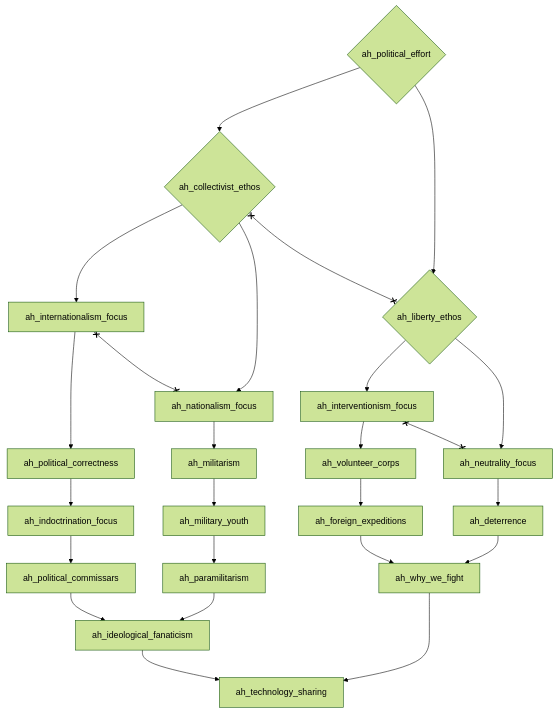
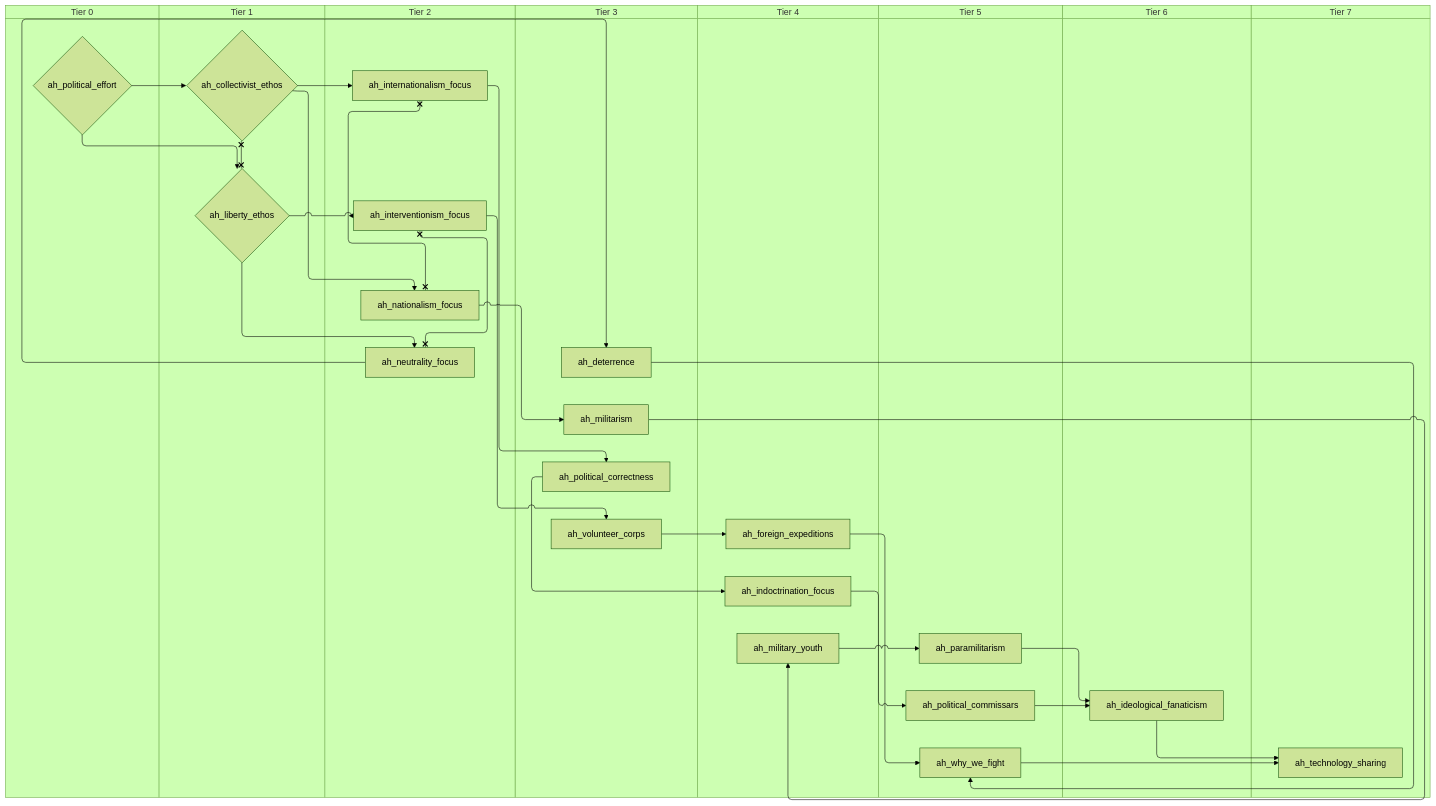
The fifth of 5 diagrams in docs/gdd/National Focuses/r56/austro_hungarian_releasable_shared.md (evgeny-sobol/hoi4-sandbox-mode-r56), drawn with Mermaid (forest theme) before and after one commit. The commit also changed other lines of this file and 423 other files, not shown here.

First line of the commit message:
Re-export Rt56 focus trees as swimlane diagrams

````diff
--- a/docs/gdd/National Focuses/r56/austro_hungarian_releasable_shared.md
+++ b/docs/gdd/National Focuses/r56/austro_hungarian_releasable_shared.md
@@ -122,46 +162,62 @@
 ```mermaid
-flowchart TD
-    n38{"ah_collectivist_ethos"}
-    n39["ah_deterrence"]
-    n40["ah_foreign_expeditions"]
-    n41["ah_ideological_fanaticism"]
-    n42["ah_indoctrination_focus"]
-    n43["ah_internationalism_focus"]
-    n44["ah_interventionism_focus"]
-    n45{"ah_liberty_ethos"}
-    n46["ah_militarism"]
-    n47["ah_military_youth"]
-    n48["ah_nationalism_focus"]
-    n49["ah_neutrality_focus"]
-    n50["ah_paramilitarism"]
-    n51["ah_political_commissars"]
-    n52["ah_political_correctness"]
-    n53{"ah_political_effort"}
-    n54["ah_technology_sharing"]
-    n55["ah_volunteer_corps"]
-    n56["ah_why_we_fight"]
-    n53 --> n38
-    n49 --> n39
-    n55 --> n40
-    n50 --> n41
-    n51 --> n41
-    n52 --> n42
-    n38 --> n43
-    n45 --> n44
-    n53 --> n45
-    n48 --> n46
-    n46 --> n47
-    n38 --> n48
-    n45 --> n49
+swimlane-beta TD
+    subgraph tier_0["Tier 0"]
+        n38{"ah_political_effort"}
+    end
+    subgraph tier_1["Tier 1"]
+        n39{"ah_collectivist_ethos"}
+        n40{"ah_liberty_ethos"}
+    end
+    subgraph tier_2["Tier 2"]
+        n41["ah_internationalism_focus"]
+        n42["ah_interventionism_focus"]
+        n43["ah_nationalism_focus"]
+        n44["ah_neutrality_focus"]
+    end
+    subgraph tier_3["Tier 3"]
+        n45["ah_deterrence"]
+        n46["ah_militarism"]
+        n47["ah_political_correctness"]
+        n48["ah_volunteer_corps"]
+    end
+    subgraph tier_4["Tier 4"]
+        n49["ah_foreign_expeditions"]
+        n50["ah_indoctrination_focus"]
+        n51["ah_military_youth"]
+    end
+    subgraph tier_5["Tier 5"]
+        n52["ah_paramilitarism"]
+        n53["ah_political_commissars"]
+        n54["ah_why_we_fight"]
+    end
+    subgraph tier_6["Tier 6"]
+        n55["ah_ideological_fanaticism"]
+    end
+    subgraph tier_7["Tier 7"]
+        n56["ah_technology_sharing"]
+    end
+    n38 --> n39
+    n44 --> n45
+    n48 --> n49
+    n52 --> n55
+    n53 --> n55
     n47 --> n50
-    n42 --> n51
-    n43 --> n52
-    n41 --> n54
-    n56 --> n54
-    n44 --> n55
-    n40 --> n56
-    n39 --> n56
-    n38 x--x n45
-    n43 x--x n48
-    n44 x--x n49
+    n39 --> n41
+    n40 --> n42
+    n38 --> n40
+    n43 --> n46
+    n46 --> n51
+    n39 --> n43
+    n40 --> n44
+    n51 --> n52
+    n50 --> n53
+    n41 --> n47
+    n55 --> n56
+    n54 --> n56
+    n42 --> n48
+    n49 --> n54
+    n45 --> n54
+    n39 x--x n40
+    n41 x--x n43
+    n42 x--x n44
 ```
````
